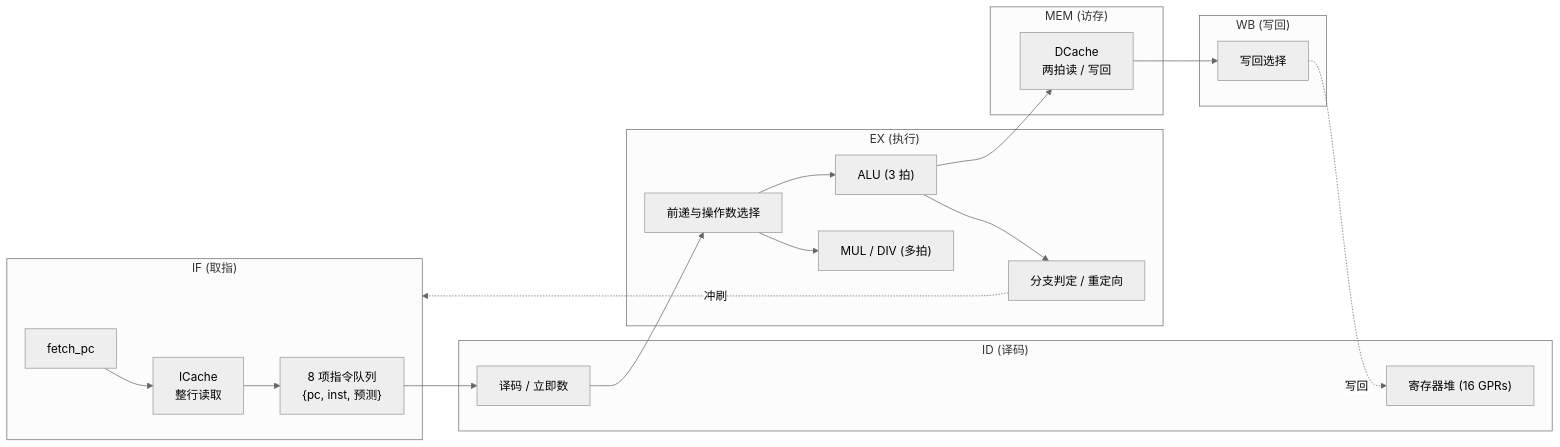
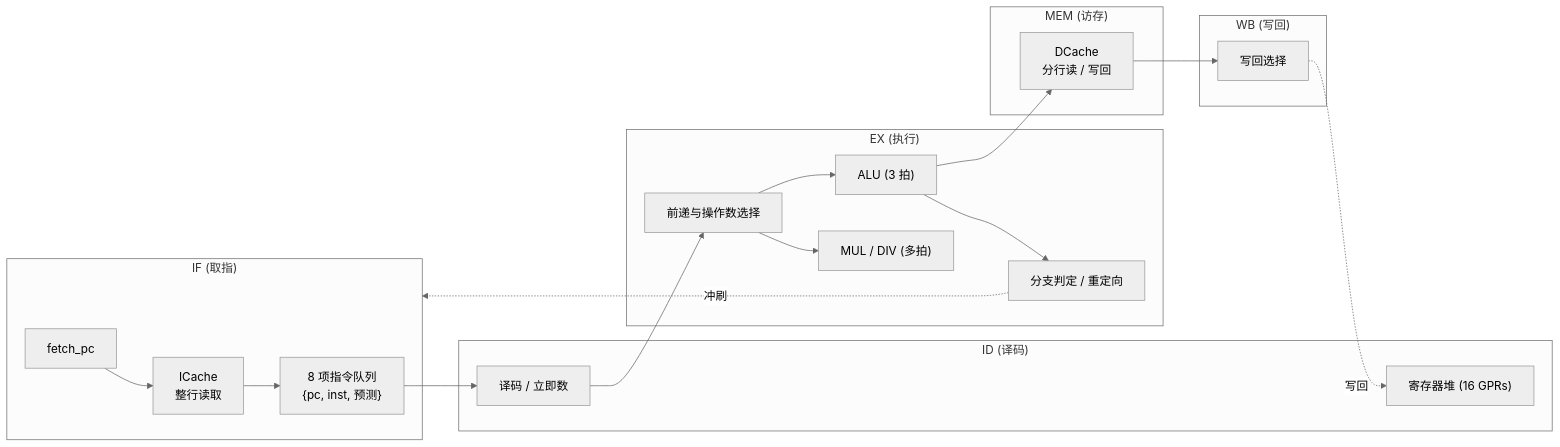
One commit to RedrockerLi/Agent-YSYX changed the diagram in doc/cpu/001_baseline_freq_optimization.md. Above: the diagram before and after it, drawn with Mermaid (neutral theme). The commit also changed other lines of this file and 6 other files, not shown here.

````diff
--- a/doc/cpu/001_baseline_freq_optimization.md
+++ b/doc/cpu/001_baseline_freq_optimization.md
@@ -37,37 +50,37 @@
 ```mermaid
 flowchart LR
     subgraph IF_Stage ["IF (取指)"]
         PC["fetch_pc"] --> IC["ICache<br/>整行读取"]
         IC --> FQ["8 项指令队列<br/>{pc, inst, 预测}"]
     end
 
     subgraph ID_Stage ["ID (译码)"]
         RF["寄存器堆 (16 GPRs)"]
         DEC["译码 / 立即数"]
     end
 
     subgraph EX_Stage ["EX (执行)"]
         FW["前递与操作数选择"]
         ALU["ALU (3 拍)"]
         MDU["MUL / DIV (多拍)"]
         BR["分支判定 / 重定向"]
     end
 
     subgraph MEM_Stage ["MEM (访存)"]
-        DC["DCache<br/>两拍读 / 写回"]
+        DC["DCache<br/>分行读 / 写回"]
     end
 
     subgraph WB_Stage ["WB (写回)"]
         WB["写回选择"]
     end
 
     FQ --> DEC
     DEC --> FW
     FW --> ALU
     FW --> MDU
     ALU --> BR
     ALU --> DC
     DC --> WB
     WB -.写回.-> RF
     BR -.冲刷.-> IF_Stage
 ```
````
